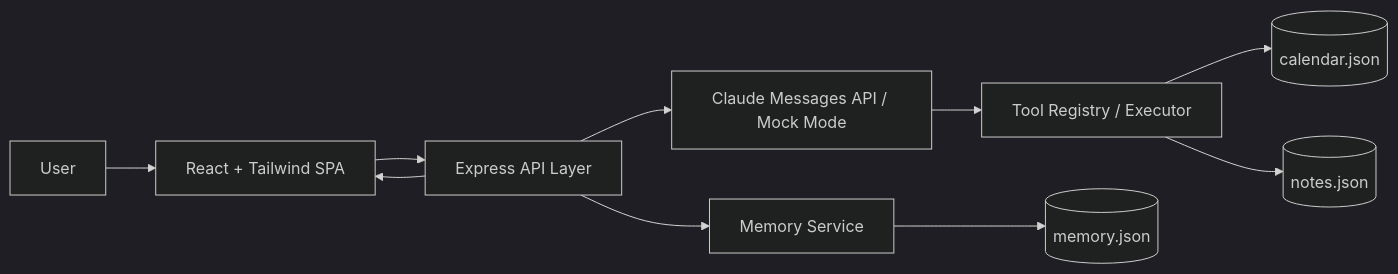
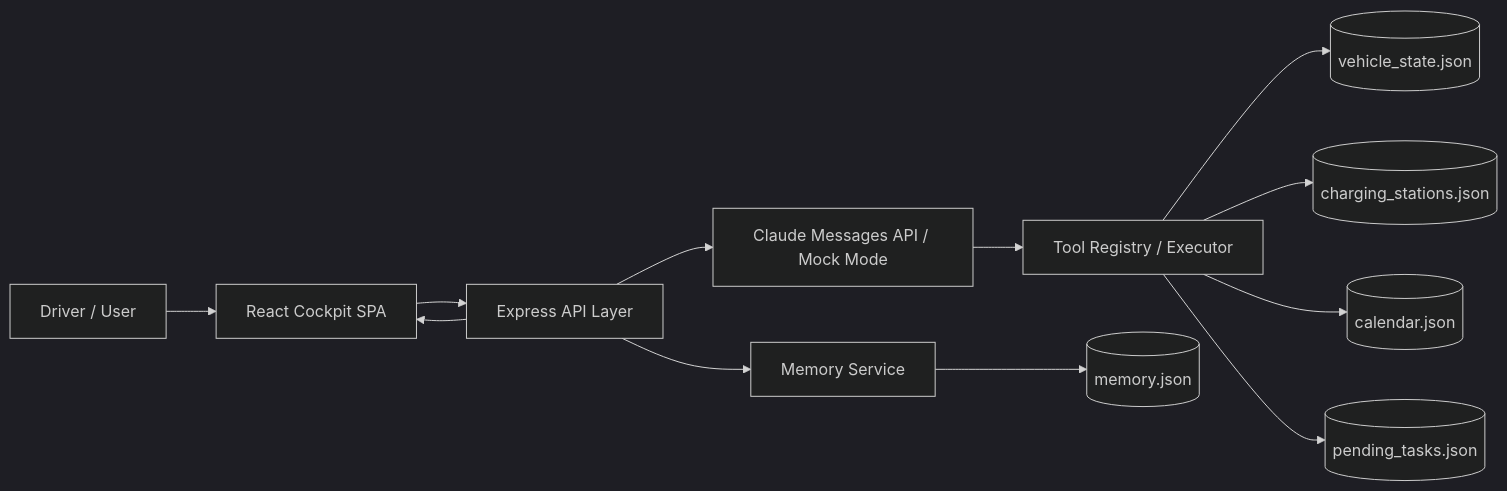
One commit to ChloeXue00/chargeflow-agent changed the diagram in docs/architecture.md. Above: the diagram before and after it, drawn with Mermaid (dark theme). The commit also changed other lines of this file and 23 other files, not shown here.

````diff
--- a/docs/architecture.md
+++ b/docs/architecture.md
@@ -5,12 +5,14 @@
 ```mermaid
 flowchart LR
-  U[User] --> UI[React + Tailwind SPA]
+  U[Driver / User] --> UI[React Cockpit SPA]
   UI --> API[Express API Layer]
   API --> LLM[Claude Messages API / Mock Mode]
   LLM --> TOOLS[Tool Registry / Executor]
+  TOOLS --> VEH[(vehicle_state.json)]
+  TOOLS --> STN[(charging_stations.json)]
   TOOLS --> CAL[(calendar.json)]
-  TOOLS --> NOTES[(notes.json)]
+  TOOLS --> TASK[(pending_tasks.json)]
   API --> MEMORY[Memory Service]
   MEMORY --> MEMFILE[(memory.json)]
   API --> UI
 ```
````
